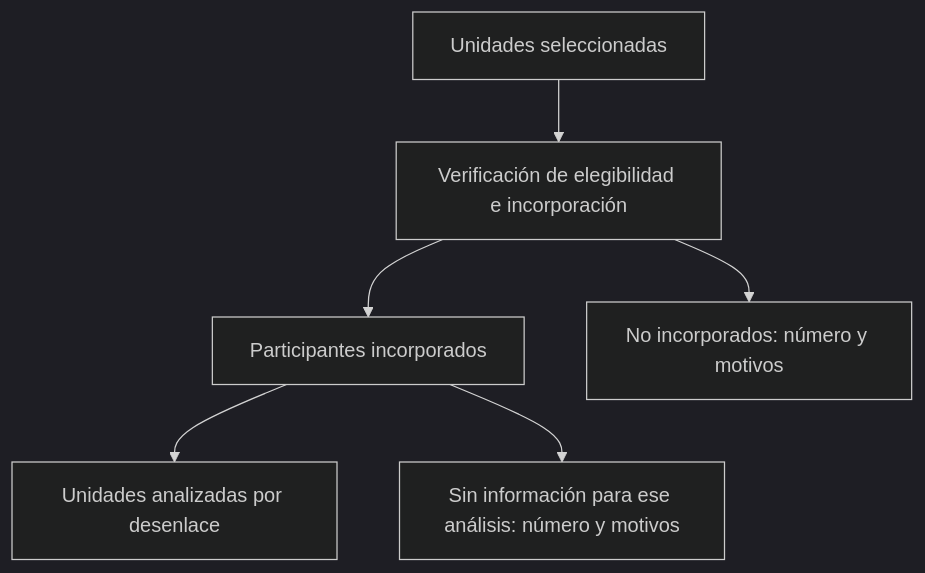
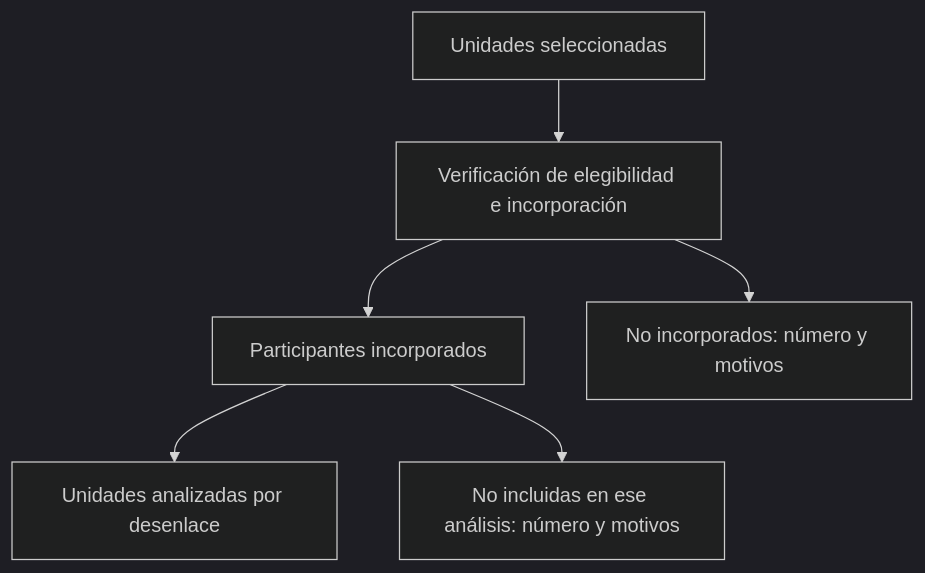
The diagram in libro/metodologia_muestreo.qmd (chrisdewa/metodo), drawn with Mermaid (dark theme) before and after one commit. The commit also changed other lines of this file and 8 other files, not shown here.

````diff
--- a/libro/metodologia_muestreo.qmd
+++ b/libro/metodologia_muestreo.qmd
@@ -54,8 +58,8 @@
 ```{mermaid}
 flowchart TD
     A["Unidades seleccionadas"] --> B["Verificación de elegibilidad e incorporación"]
     B --> C["Participantes incorporados"]
     B --> D["No incorporados: número y motivos"]
     C --> E["Unidades analizadas por desenlace"]
-    C --> F["Sin información para ese análisis: número y motivos"]
+    C --> F["No incluidas en ese análisis: número y motivos"]
 ```
````
